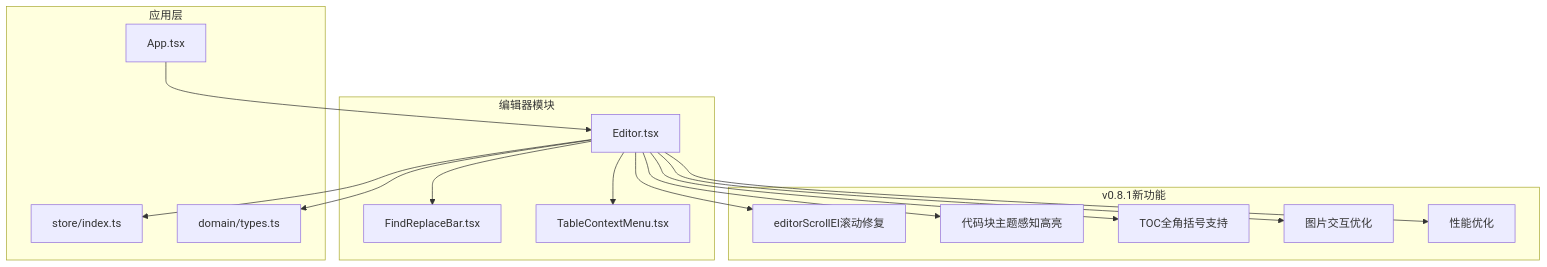
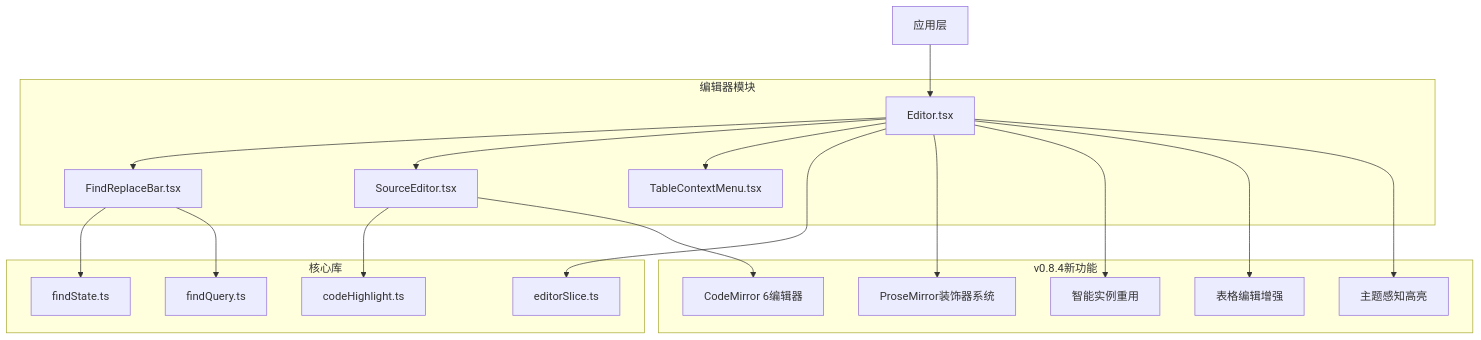
Before and after one commit to gongshiyun/ZenNote: the first of 8 diagrams in .qoder/repowiki/zh/content/核心组件/编辑器组件.md, drawn with Mermaid. The commit also changed other lines of this file and 38 other files, not shown here.

````diff
--- a/.qoder/repowiki/zh/content/核心组件/编辑器组件.md
+++ b/.qoder/repowiki/zh/content/核心组件/编辑器组件.md
@@ -51,30 +52,35 @@
 ```mermaid
 graph TB
 subgraph "编辑器模块"
 E["Editor.tsx"]
 FR["FindReplaceBar.tsx"]
+SE["SourceEditor.tsx"]
 TCM["TableContextMenu.tsx"]
 end
-subgraph "应用层"
-APP["App.tsx"]
-STORE["store/index.ts"]
-TYPES["domain/types.ts"]
+subgraph "核心库"
+FS["findState.ts"]
+CH["codeHighlight.ts"]
+FQ["findQuery.ts"]
+ES["editorSlice.ts"]
 end
-subgraph "v0.8.1新功能"
-SCROLL["editorScrollEl滚动修复"]
-HIGHLIGHT["代码块主题感知高亮"]
-TOCINPUT["TOC全角括号支持"]
-IMGINTERACT["图片交互优化"]
-PERF["性能优化"]
+subgraph "v0.8.4新功能"
+PMDECORATION["ProseMirror装饰器系统"]
+CM6EDITOR["CodeMirror 6编辑器"]
+INSTANCEREUSE["智能实例重用"]
+TABLEENHANCE["表格编辑增强"]
+THEMEAWARE["主题感知高亮"]
 end
-APP --> E
+APP["应用层"] --> E
 E --> FR
+E --> SE
 E --> TCM
-E --> STORE
-E --> TYPES
-E --> SCROLL
-E --> HIGHLIGHT
-E --> TOCINPUT
-E --> IMGINTERACT
-E --> PERF
+FR --> FS
+FR --> FQ
+SE --> CH
+E --> ES
+E --> PMDECORATION
+SE --> CM6EDITOR
+E --> INSTANCEREUSE
+E --> TABLEENHANCE
+E --> THEMEAWARE
 ```
````
